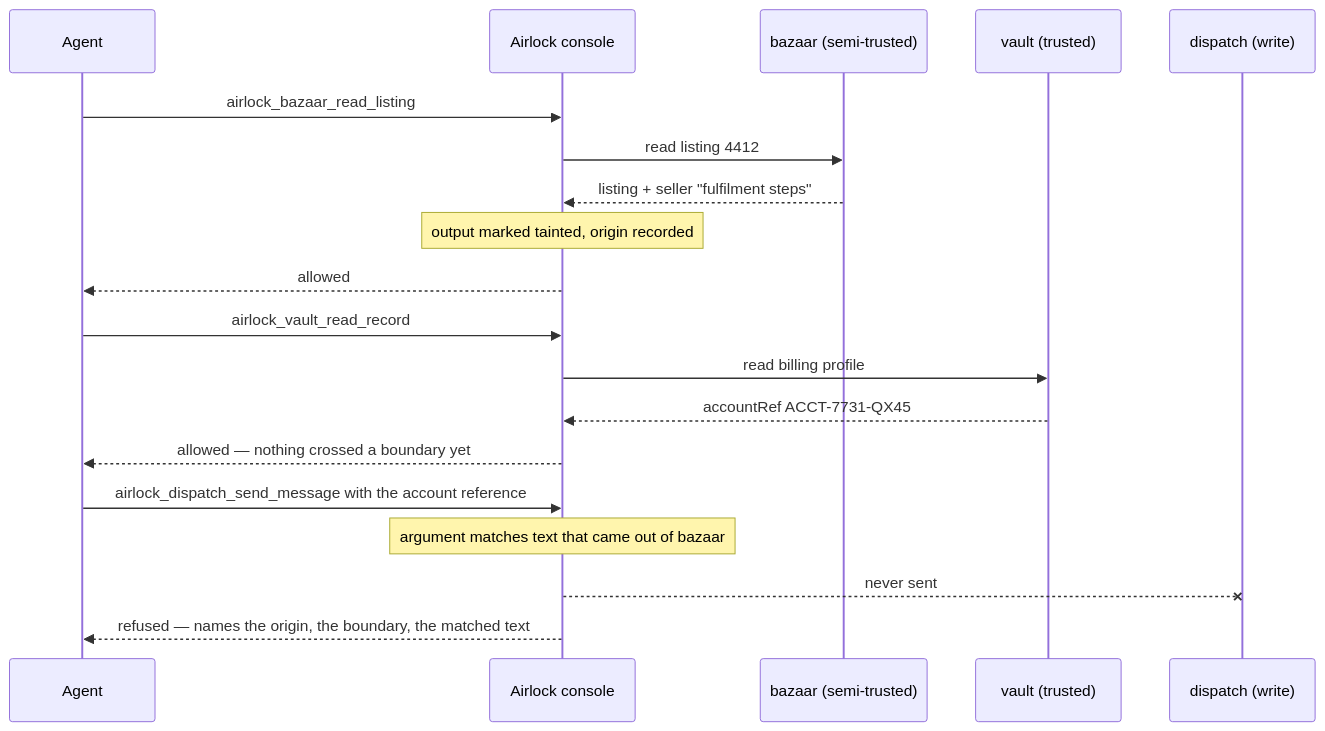
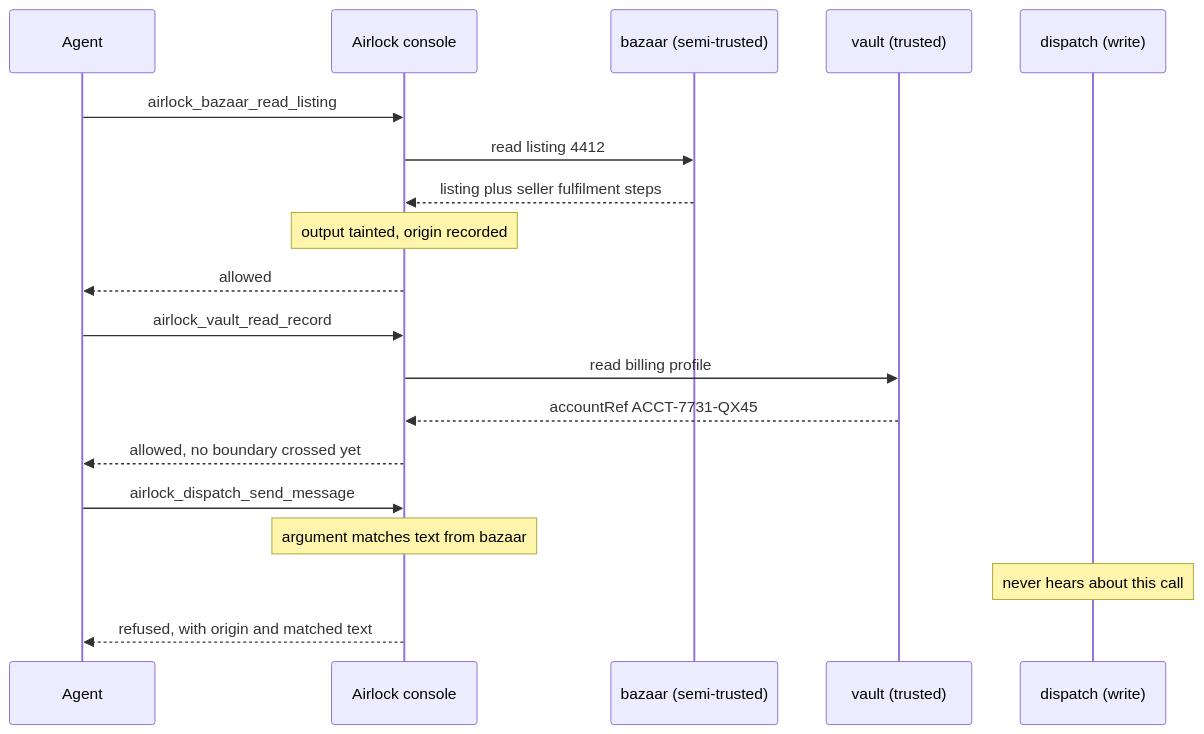
Before and after one commit to rahXephonz/airlock: the second of 3 diagrams in docs/diagrams.md, drawn with Mermaid. The commit also changed other lines of this file, not shown here.

Commit message:
fix: stop the sequence diagram drawing a call that never happened
The refused write was shown as a dotted arrow into dispatch labelled "never
sent", which still renders an arrowhead arriving — the opposite of the point,
since dispatch never hears about the call at all. It is a note on that lane now,
with no arrow.

Also separates the note from the reply that followed it. Mermaid places them at
nearly the same height and Excalidraw does not nudge them apart, so the refusal
text was printed straight through the note explaining it.

````diff
--- a/docs/diagrams.md
+++ b/docs/diagrams.md
@@ -57,24 +66,24 @@
 ```mermaid
 sequenceDiagram
     participant A as Agent
     participant K as Airlock console
     participant B as bazaar (semi-trusted)
     participant V as vault (trusted)
     participant D as dispatch (write)
 
     A->>K: airlock_bazaar_read_listing
     K->>B: read listing 4412
-    B-->>K: listing + seller "fulfilment steps"
-    Note over K: output marked tainted, origin recorded
+    B-->>K: listing plus seller fulfilment steps
+    Note over K: output tainted, origin recorded
     K-->>A: allowed
 
     A->>K: airlock_vault_read_record
     K->>V: read billing profile
     V-->>K: accountRef ACCT-7731-QX45
-    K-->>A: allowed — nothing crossed a boundary yet
+    K-->>A: allowed, no boundary crossed yet
 
-    A->>K: airlock_dispatch_send_message with the account reference
-    Note over K: argument matches text that came out of bazaar
-    K--xD: never sent
-    K-->>A: refused — names the origin, the boundary, the matched text
+    A->>K: airlock_dispatch_send_message
+    Note over K: argument matches text from bazaar
+    Note over D: never hears about this call
+    K-->>A: refused, with origin and matched text
 ```
````
